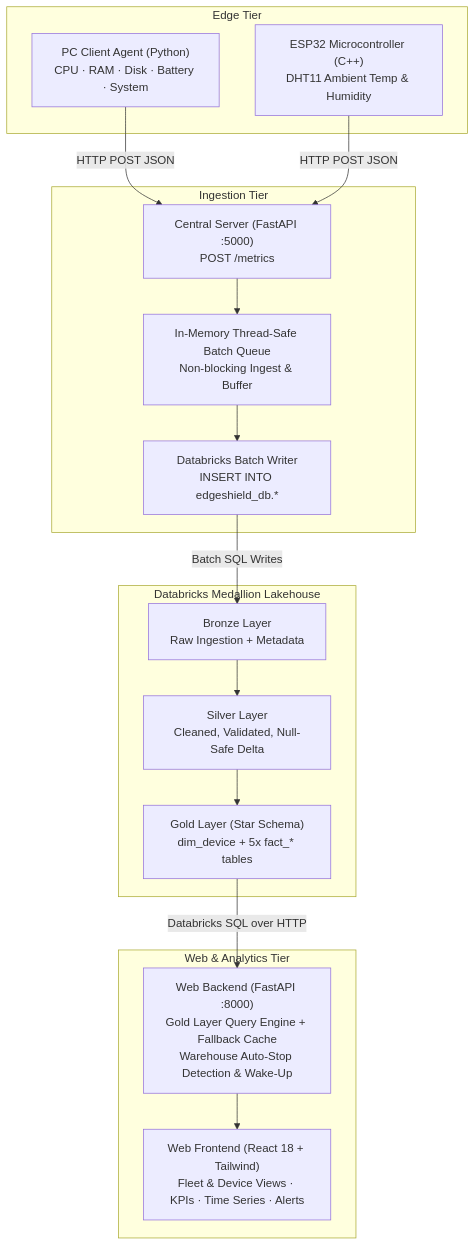
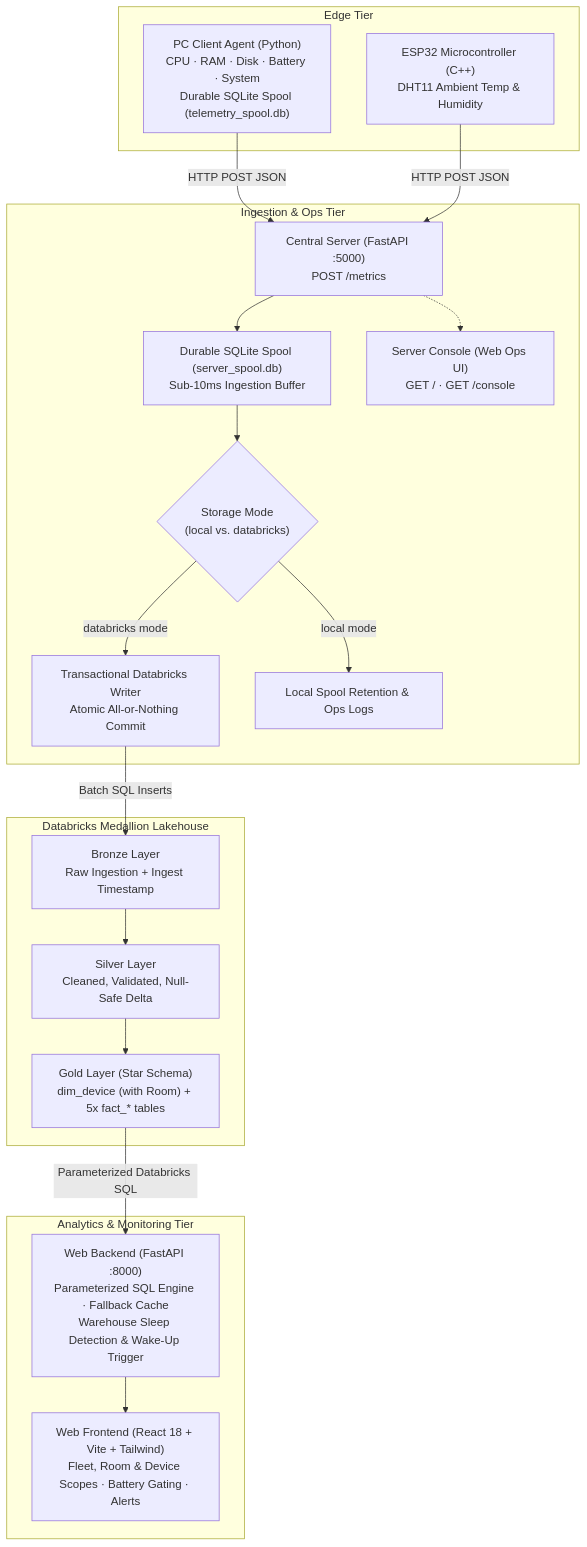
The diagram in README.md (SaiPavanVetcha/EdgeShield), drawn with Mermaid before and after one commit. The commit also changed other lines of this file and 43 other files, not shown here.

````diff
--- a/README.md
+++ b/README.md
@@ -52,32 +34,39 @@
 ```mermaid
 flowchart TD
     subgraph Edge ["Edge Tier"]
-        PC["PC Client Agent (Python)<br/>CPU · RAM · Disk · Battery · System"]
+        PC["PC Client Agent (Python)<br/>CPU · RAM · Disk · Battery · System<br/>Durable SQLite Spool (telemetry_spool.db)"]
         ESP["ESP32 Microcontroller (C++)<br/>DHT11 Ambient Temp & Humidity"]
     end
 
-    subgraph Ingest ["Ingestion Tier"]
+    subgraph Ingest ["Ingestion & Ops Tier"]
         Server["Central Server (FastAPI :5000)<br/>POST /metrics"]
-        Queue["In-Memory Thread-Safe Batch Queue<br/>Non-blocking Ingest & Buffer"]
-        Writer["Databricks Batch Writer<br/>INSERT INTO edgeshield_db.*"]
-        Server --> Queue --> Writer
+        ServerSpool["Durable SQLite Spool (server_spool.db)<br/>Sub-10ms Ingestion Buffer"]
+        Console["Server Console (Web Ops UI)<br/>GET / · GET /console"]
+        ModeSwitch{"Storage Mode<br/>(local vs. databricks)"}
+        TxWriter["Transactional Databricks Writer<br/>Atomic All-or-Nothing Commit"]
+
+        Server --> ServerSpool
+        ServerSpool --> ModeSwitch
+        ModeSwitch -->|local mode| LocalStore["Local Spool Retention & Ops Logs"]
+        ModeSwitch -->|databricks mode| TxWriter
+        Server -.-> Console
     end
 
     subgraph Lakehouse ["Databricks Medallion Lakehouse"]
-        Bronze["Bronze Layer<br/>Raw Ingestion + Metadata"]
+        Bronze["Bronze Layer<br/>Raw Ingestion + Ingest Timestamp"]
         Silver["Silver Layer<br/>Cleaned, Validated, Null-Safe Delta"]
-        Gold["Gold Layer (Star Schema)<br/>dim_device + 5x fact_* tables"]
+        Gold["Gold Layer (Star Schema)<br/>dim_device (with Room) + 5x fact_* tables"]
         Bronze --> Silver --> Gold
     end
 
-    subgraph WebApp ["Web & Analytics Tier"]
-        WebBackend["Web Backend (FastAPI :8000)<br/>Gold Layer Query Engine + Fallback Cache<br/>Warehouse Auto-Stop Detection & Wake-Up"]
-        WebFrontend["Web Frontend (React 18 + Tailwind)<br/>Fleet & Device Views · KPIs · Time Series · Alerts"]
+    subgraph WebApp ["Analytics & Monitoring Tier"]
+        WebBackend["Web Backend (FastAPI :8000)<br/>Parameterized SQL Engine · Fallback Cache<br/>Warehouse Sleep Detection & Wake-Up Trigger"]
+        WebFrontend["Web Frontend (React 18 + Vite + Tailwind)<br/>Fleet, Room & Device Scopes · Battery Gating · Alerts"]
         WebBackend --> WebFrontend
     end
 
     PC -->|HTTP POST JSON| Server
     ESP -->|HTTP POST JSON| Server
-    Writer -->|Batch SQL Writes| Bronze
-    Gold -->|Databricks SQL over HTTP| WebBackend
+    TxWriter -->|Batch SQL Inserts| Bronze
+    Gold -->|Parameterized Databricks SQL| WebBackend
 ```
````
